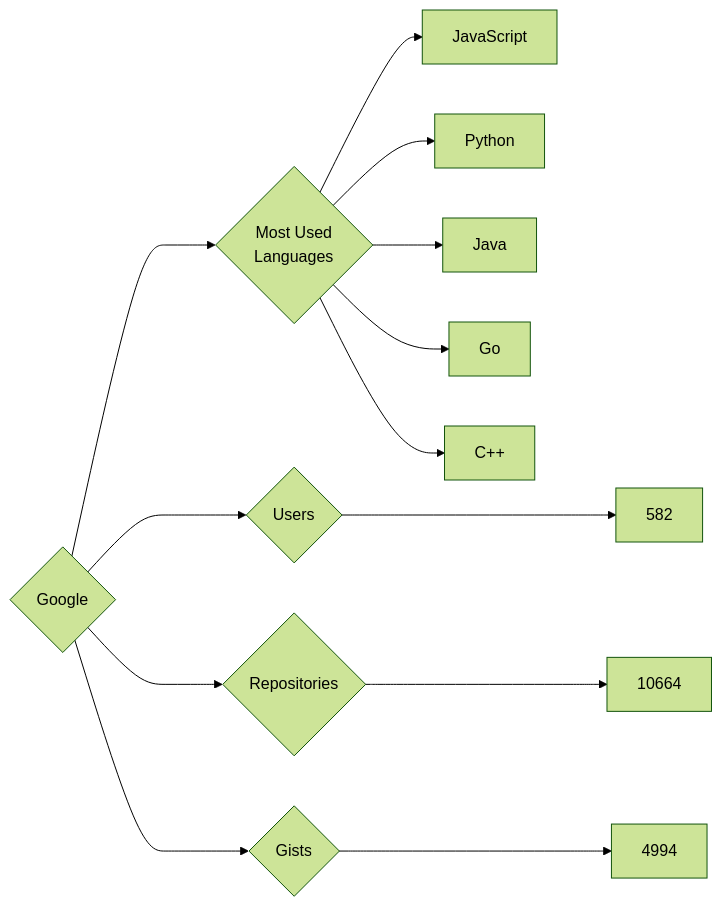
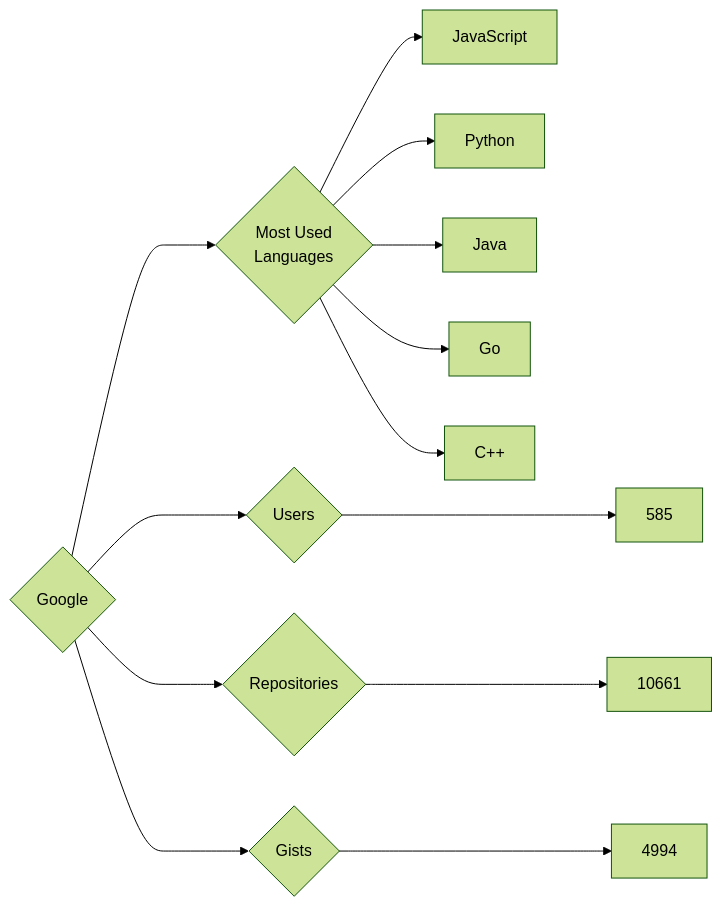
The diagram in targets/Google/README.md (trickest/insiders), drawn with Mermaid (forest theme) before and after one commit. The commit also changed 1020 other files, not shown here.

````diff
--- a/targets/Google/README.md
+++ b/targets/Google/README.md
@@ -3,13 +3,13 @@
 ```mermaid
 graph LR
 COMPANY_NAME{Google}
-COMPANY_NAME ---> U{Users} ---> UN[582]
-COMPANY_NAME ---> R{Repositories} ---> RN[10664]
+COMPANY_NAME ---> U{Users} ---> UN[585]
+COMPANY_NAME ---> R{Repositories} ---> RN[10661]
 COMPANY_NAME ---> G{Gists} ---> GN[4994]
 COMPANY_NAME ---> ML{Most Used<br>Languages}
 ML --> JavaScript[JavaScript]
 ML --> Python[Python]
 ML --> Java[Java]
 ML --> Go[Go]
 ML --> C++[C++]
 ```
````
